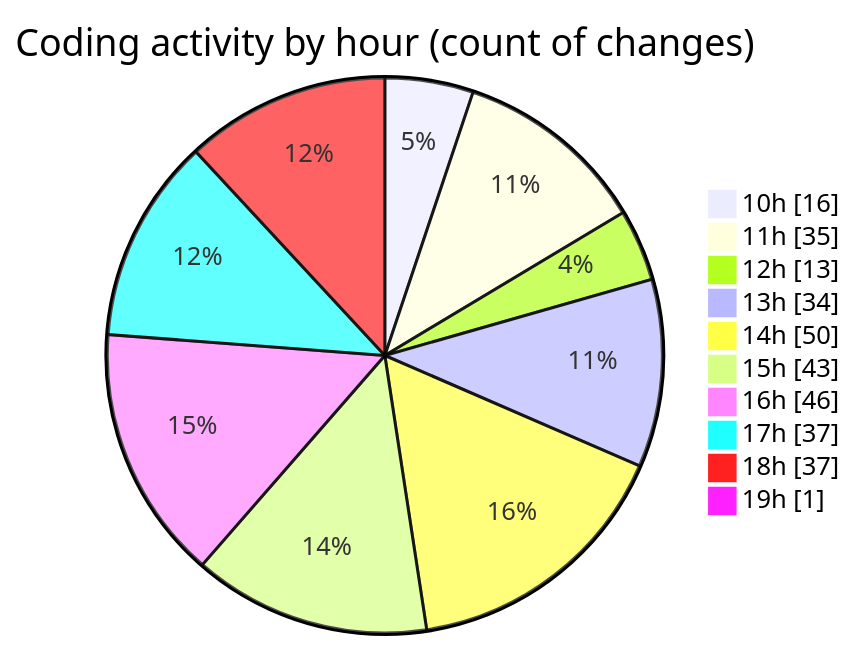
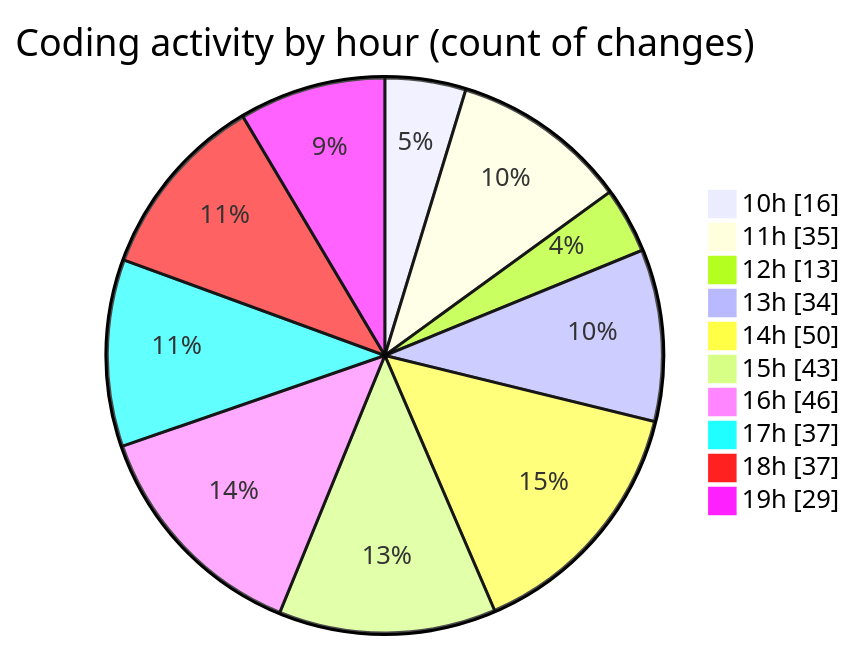
One commit to charlie-sans/code-tracking changed the second of 2 diagrams in 2025-02-20/micros/README.md. Above: the diagram before and after it, drawn with Mermaid. The commit also changed other lines of this file and 1 other file, not shown here.

````diff
--- a/2025-02-20/micros/README.md
+++ b/2025-02-20/micros/README.md
@@ -83,14 +83,14 @@
 ```mermaid
 pie showData
 title Coding activity by hour (count of changes)
 "10h" : 16
 "11h" : 35
 "12h" : 13
 "13h" : 34
 "14h" : 50
 "15h" : 43
 "16h" : 46
 "17h" : 37
 "18h" : 37
-"19h" : 1
+"19h" : 29
 ```
````
